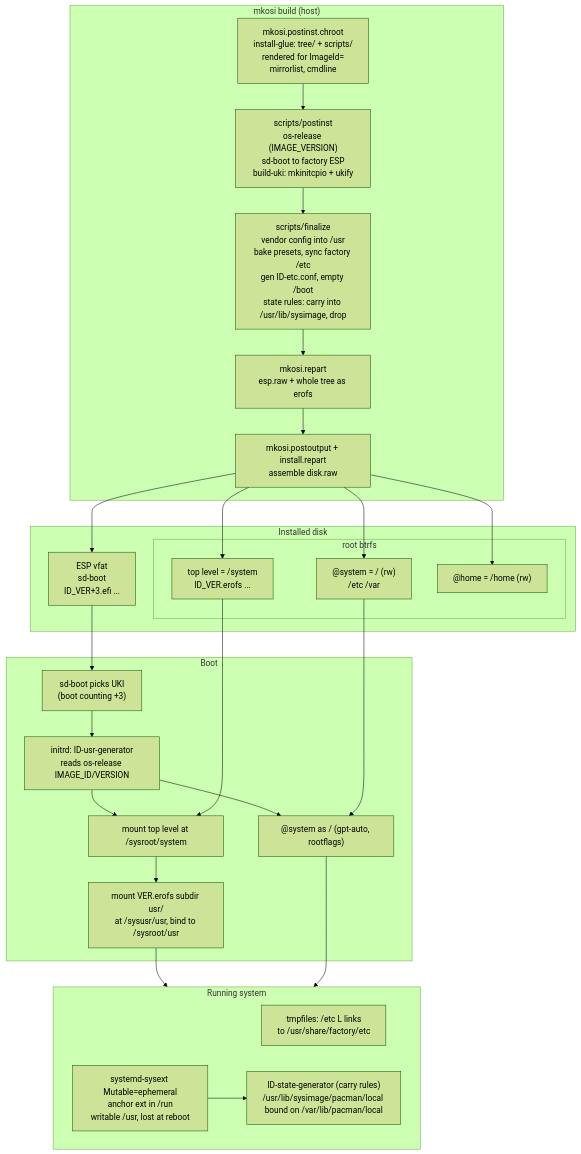
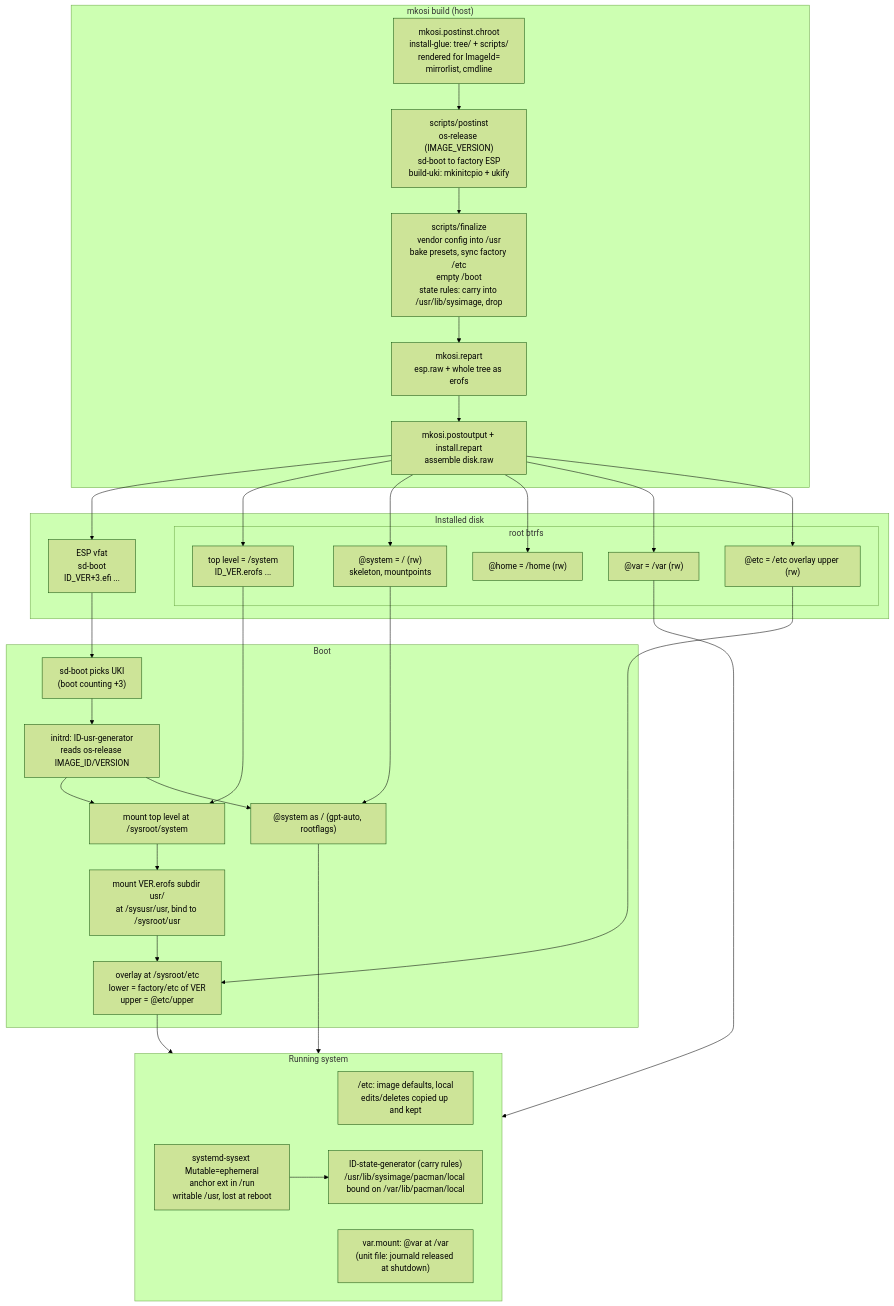
Before and after one commit to h8d13/caeoma: the first of 2 diagrams in docs/DESIGN.md, drawn with Mermaid (forest theme). The commit also changed 11 other files, not shown here.

First line of the commit message:
feat(layout): /etc overlay, var as its own subvolume

````diff
--- a/docs/DESIGN.md
+++ b/docs/DESIGN.md
@@ -7,49 +7,57 @@
 ```mermaid
 flowchart TD
 	subgraph BUILD["mkosi build (host)"]
 		P["mkosi.postinst.chroot<br/>install-glue: tree/ + scripts/<br/>rendered for ImageId=<br/>mirrorlist, cmdline"]
 		PI["scripts/postinst<br/>os-release (IMAGE_VERSION)<br/>sd-boot to factory ESP<br/>build-uki: mkinitcpio + ukify"]
-		F["scripts/finalize<br/>vendor config into /usr<br/>bake presets, sync factory /etc<br/>gen ID-etc.conf, empty /boot<br/>state rules: carry into /usr/lib/sysimage, drop"]
+		F["scripts/finalize<br/>vendor config into /usr<br/>bake presets, sync factory /etc<br/>empty /boot<br/>state rules: carry into /usr/lib/sysimage, drop"]
 		R["mkosi.repart<br/>esp.raw + whole tree as erofs"]
 		PO["mkosi.postoutput + install.repart<br/>assemble disk.raw"]
 		P --> PI --> F --> R --> PO
 	end
 
 	subgraph DISK["Installed disk"]
 		ESP["ESP vfat<br/>sd-boot<br/>ID_VER+3.efi ..."]
 		subgraph BTRFS["root btrfs"]
 			TOP["top level = /system<br/>ID_VER.erofs ..."]
-			SYS["@system = / (rw)<br/>/etc /var"]
+			SYS["@system = / (rw)<br/>skeleton, mountpoints"]
 			HOME["@home = /home (rw)"]
+			VAR["@var = /var (rw)"]
+			ETCU["@etc = /etc overlay upper (rw)"]
 		end
 	end
 
 	PO --> ESP
 	PO --> TOP
 	PO --> SYS
 	PO --> HOME
+	PO --> VAR
+	PO --> ETCU
 
 	subgraph BOOT["Boot"]
 		SB["sd-boot picks UKI<br/>(boot counting +3)"]
 		GEN["initrd: ID-usr-generator<br/>reads os-release IMAGE_ID/VERSION"]
 		M1["mount top level at /sysroot/system"]
 		M2["mount VER.erofs subdir usr/<br/>at /sysusr/usr, bind to /sysroot/usr"]
 		ROOT["@system as / (gpt-auto, rootflags)"]
-		SB --> GEN --> M1 --> M2
+		M3["overlay at /sysroot/etc<br/>lower = factory/etc of VER<br/>upper = @etc/upper"]
+		SB --> GEN --> M1 --> M2 --> M3
 		GEN --> ROOT
 	end
 
 	ESP --> SB
 	TOP --> M1
 	SYS --> ROOT
+	ETCU --> M3
+	VAR --> RUN
 
 	subgraph RUN["Running system"]
-		ETC["tmpfiles: /etc L links<br/>to /usr/share/factory/etc"]
+		ETC["/etc: image defaults, local<br/>edits/deletes copied up and kept"]
+		VM["var.mount: @var at /var<br/>(unit file: journald released at shutdown)"]
 		PAC["ID-state-generator (carry rules)<br/>/usr/lib/sysimage/pacman/local bound on /var/lib/pacman/local"]
 		SX["systemd-sysext Mutable=ephemeral<br/>anchor ext in /run<br/>writable /usr, lost at reboot"]
 		SX --> PAC
 	end
 
-	M2 --> RUN
+	M3 --> RUN
 	ROOT --> RUN
 ```
````
